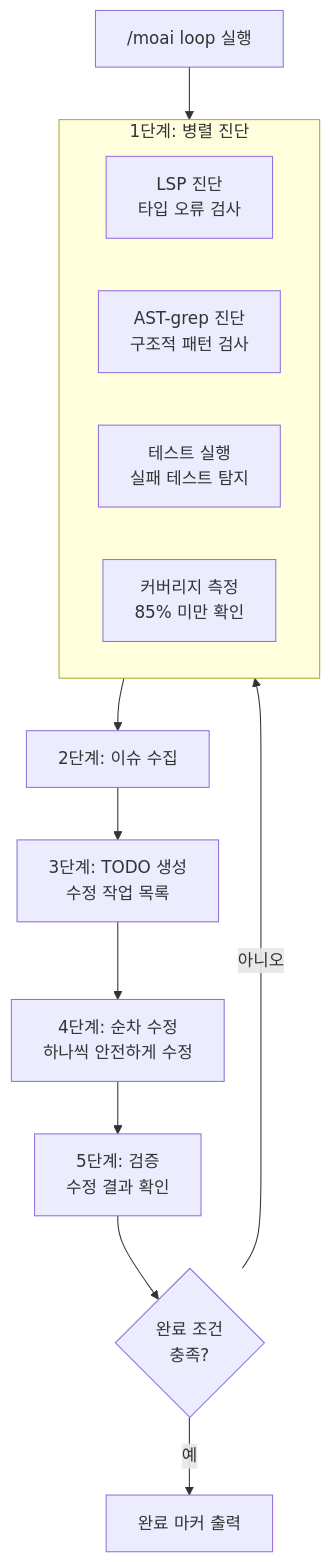
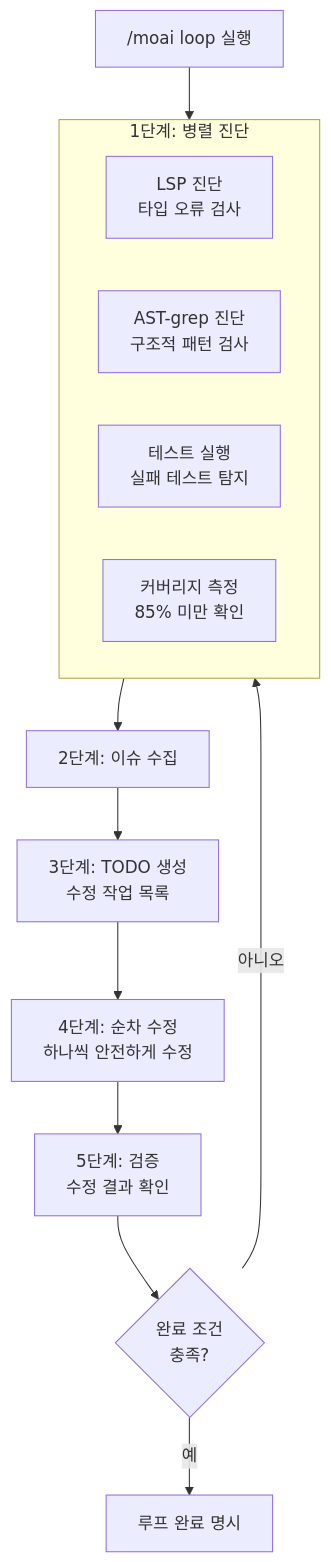
One commit to modu-ai/moai-adk changed the first of 4 diagrams in docs-site/content/ko/utility-commands/moai-loop.md. Above: the diagram before and after it, drawn with Mermaid. The commit also changed 17 other files, not shown here.

````diff
--- a/docs-site/content/ko/utility-commands/moai-loop.md
+++ b/docs-site/content/ko/utility-commands/moai-loop.md
@@ -68,19 +68,19 @@
 ```mermaid
 flowchart TD
     Start["/moai loop 실행"] --> Diag
 
     subgraph Diag["1단계: 병렬 진단"]
         D1["LSP 진단<br/>타입 오류 검사"]
         D2["AST-grep 진단<br/>구조적 패턴 검사"]
         D3["테스트 실행<br/>실패 테스트 탐지"]
         D4["커버리지 측정<br/>85% 미만 확인"]
     end
 
     Diag --> Collect["2단계: 이슈 수집"]
     Collect --> Todo["3단계: TODO 생성<br/>수정 작업 목록"]
     Todo --> Fix["4단계: 순차 수정<br/>하나씩 안전하게 수정"]
     Fix --> Verify["5단계: 검증<br/>수정 결과 확인"]
     Verify --> Check{완료 조건<br/>충족?}
     Check -->|아니오| Diag
-    Check -->|예| Done["완료 마커 출력"]
+    Check -->|예| Done["루프 완료 명시"]
 ```
````
